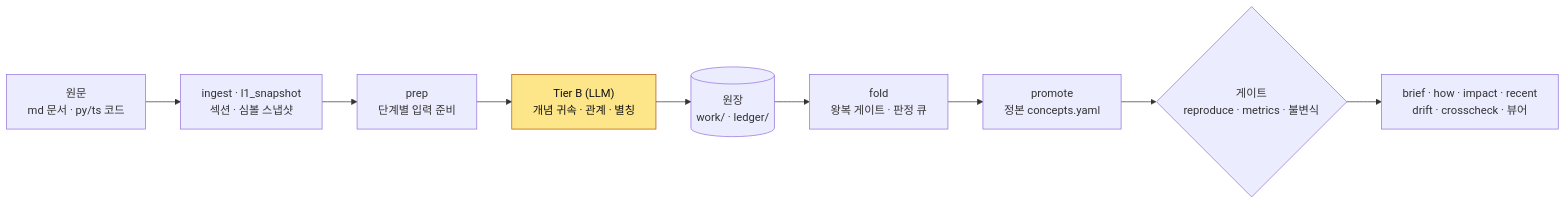
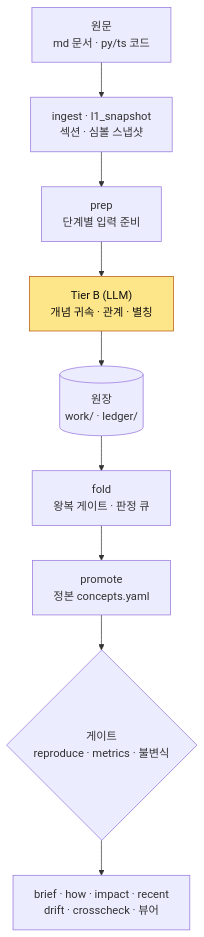
The diagram in README.md (hadan-HwH/living-knowledge-lab-engine), drawn with Mermaid before and after one commit. The commit also changed 1 other file, not shown here.

Commit message:
docs: vertical pipeline diagram; exclude demo corpus from language stats

````diff
--- a/README.md
+++ b/README.md
@@ -245,14 +245,14 @@
 ```mermaid
-flowchart LR
+flowchart TD
     SRC["원문<br/>md 문서 · py/ts 코드"] --> ING["ingest · l1_snapshot<br/>섹션 · 심볼 스냅샷"]
     ING --> PREP["prep<br/>단계별 입력 준비"]
     PREP --> TB["Tier B (LLM)<br/>개념 귀속 · 관계 · 별칭"]
     TB --> LED[("원장<br/>work/ · ledger/")]
     LED --> FOLD["fold<br/>왕복 게이트 · 판정 큐"]
     FOLD --> PROM["promote<br/>정본 concepts.yaml"]
     PROM --> GATE{"게이트<br/>reproduce · metrics · 불변식"}
     GATE --> OUT["brief · how · impact · recent<br/>drift · crosscheck · 뷰어"]
 
     classDef llm fill:#FDE68A,stroke:#B45309,color:#111;
     class TB llm;
 ```
````
